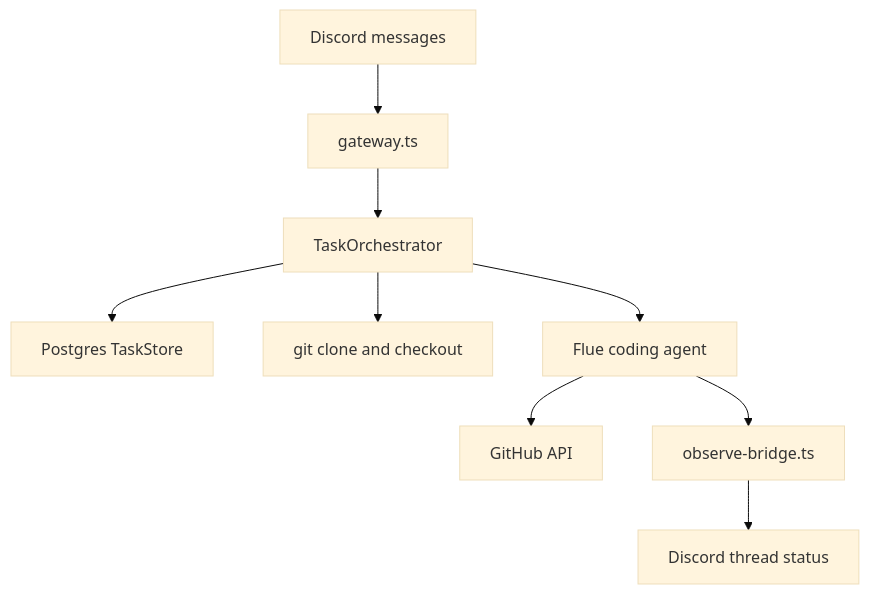
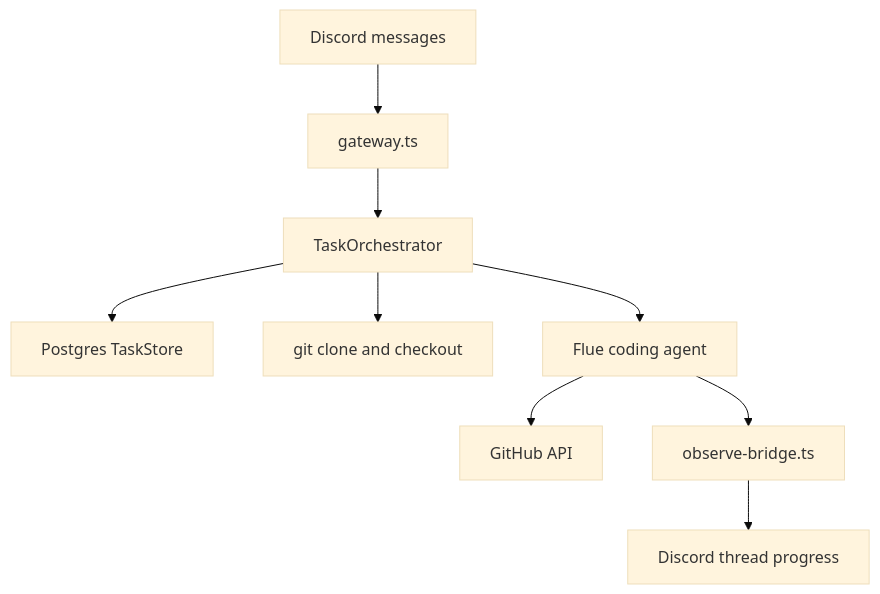
The diagram in README.md (prathamdby/threadcord), drawn with Mermaid (base theme) before and after one commit. The commit also changed other lines of this file and 43 other files, not shown here.

````diff
--- a/README.md
+++ b/README.md
@@ -246,11 +245,11 @@
 ```mermaid
 flowchart TD
   discord["Discord messages"] --> gateway["gateway.ts"]
   gateway --> orchestrator["TaskOrchestrator"]
   orchestrator --> store["Postgres TaskStore"]
   orchestrator --> bootstrap["git clone and checkout"]
   orchestrator --> flue["Flue coding agent"]
   flue --> githubApi["GitHub API"]
   flue --> observe["observe-bridge.ts"]
-  observe --> thread["Discord thread status"]
+  observe --> thread["Discord thread progress"]
 ```
````
